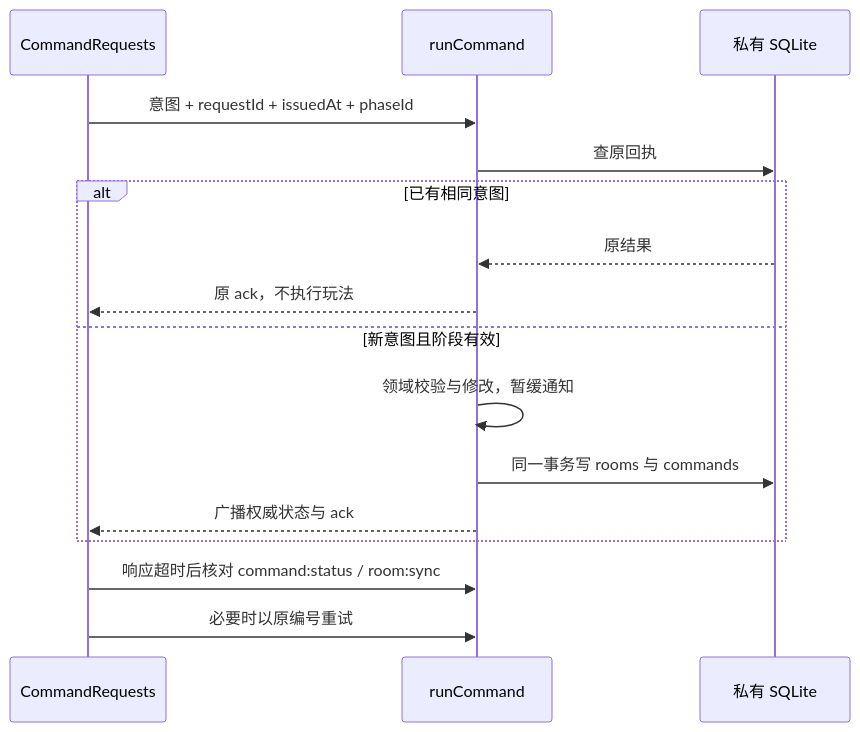
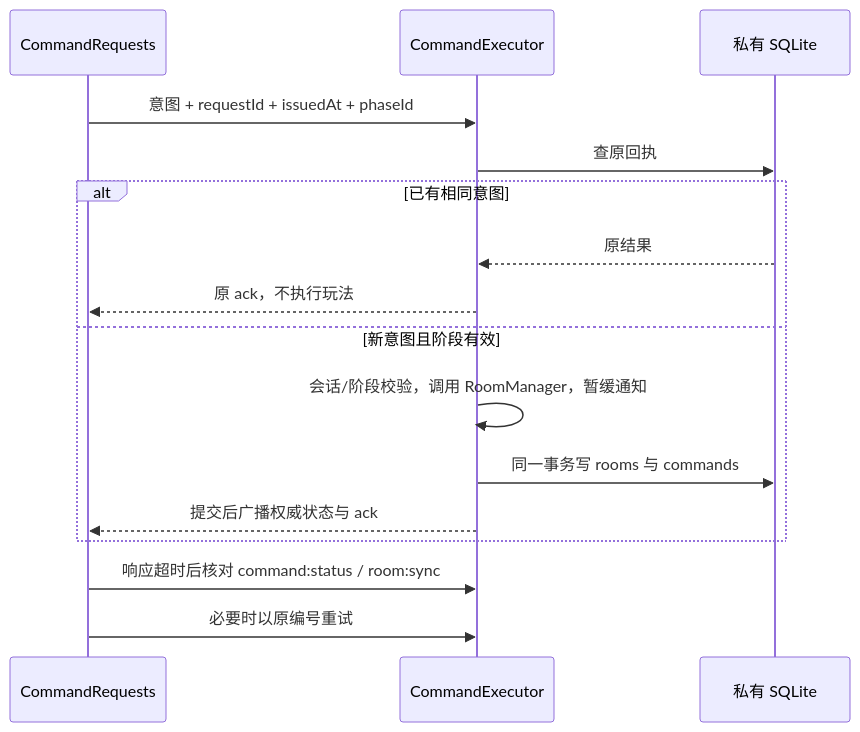
Before and after one commit to Cailishy/avalon: the second of 9 diagrams in docs/development/architecture.md, drawn with Mermaid. The commit also changed other lines of this file and 62 other files, not shown here.

````diff
--- a/docs/development/architecture.md
+++ b/docs/development/architecture.md
@@ -194,18 +230,18 @@
 ```mermaid
 sequenceDiagram
   participant C as CommandRequests
-  participant S as runCommand
+  participant S as CommandExecutor
   participant D as 私有 SQLite
   C->>S: 意图 + requestId + issuedAt + phaseId
   S->>D: 查原回执
   alt 已有相同意图
     D-->>S: 原结果
     S-->>C: 原 ack，不执行玩法
   else 新意图且阶段有效
-    S->>S: 领域校验与修改，暂缓通知
+  S->>S: 会话/阶段校验，调用 RoomManager，暂缓通知
     S->>D: 同一事务写 rooms 与 commands
-    S-->>C: 广播权威状态与 ack
+  S-->>C: 提交后广播权威状态与 ack
   end
   C->>S: 响应超时后核对 command:status / room:sync
   C->>S: 必要时以原编号重试
 ```
````
